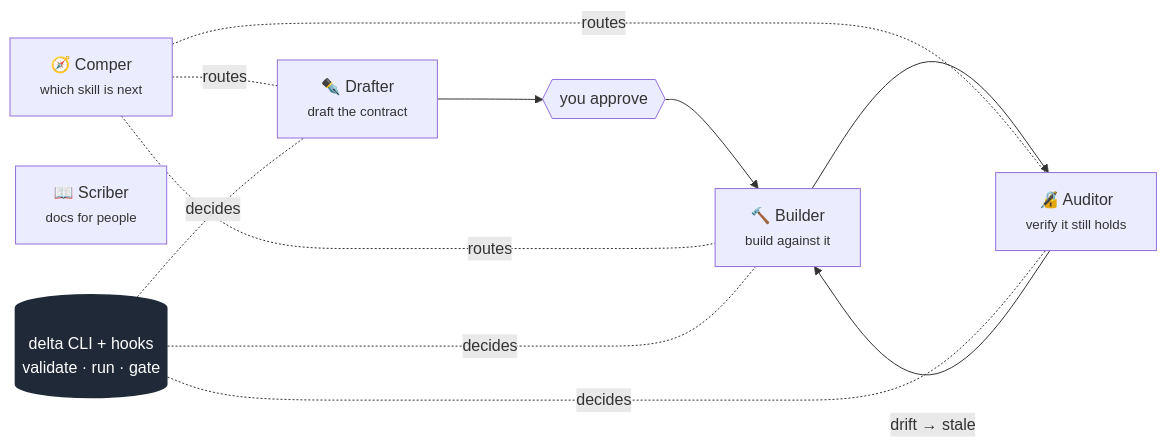
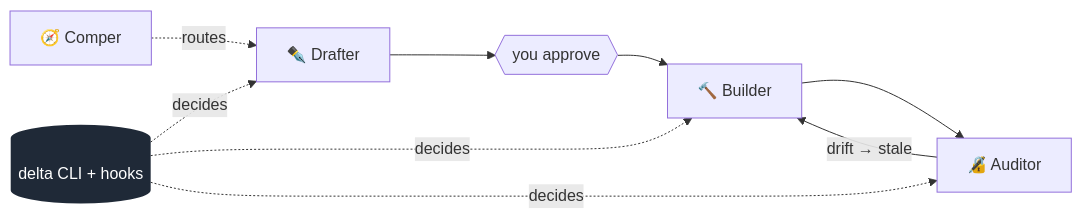
One commit to ronz204/deltas-ai changed the diagram in README.md. Above: the diagram before and after it, drawn with Mermaid. The commit also changed other lines of this file and 4 other files, not shown here.

````diff
--- a/README.md
+++ b/README.md
@@ -51,21 +46,10 @@
 ```mermaid
 flowchart LR
-    C["🧭 Comper<br/><small>which skill is next</small>"]
-    D["✒️ Drafter<br/><small>draft the contract</small>"]
-    A{{"you approve"}}
-    B["🔨 Builder<br/><small>build against it</small>"]
-    U["🔏 Auditor<br/><small>verify it still holds</small>"]
-    S["📖 Scriber<br/><small>docs for people</small>"]
-    CLI[("delta CLI + hooks<br/>validate · run · gate")]
-
-    D --> A --> B --> U
+    D["✒️ Drafter"] --> A{{"you approve"}} --> B["🔨 Builder"] --> U["🔏 Auditor"]
     U -- "drift → stale" --> B
-    C -. "routes" .- D
-    C -. "routes" .- B
-    C -. "routes" .- U
-    CLI -. "decides" .- D
-    CLI -. "decides" .- B
-    CLI -. "decides" .- U
-
+    C["🧭 Comper"] -. routes .-> D
+    CLI[("delta CLI + hooks")] -. decides .-> D
+    CLI -. decides .-> B
+    CLI -. decides .-> U
     style CLI fill:#1f2937,color:#fff,stroke:none
 ```
````
